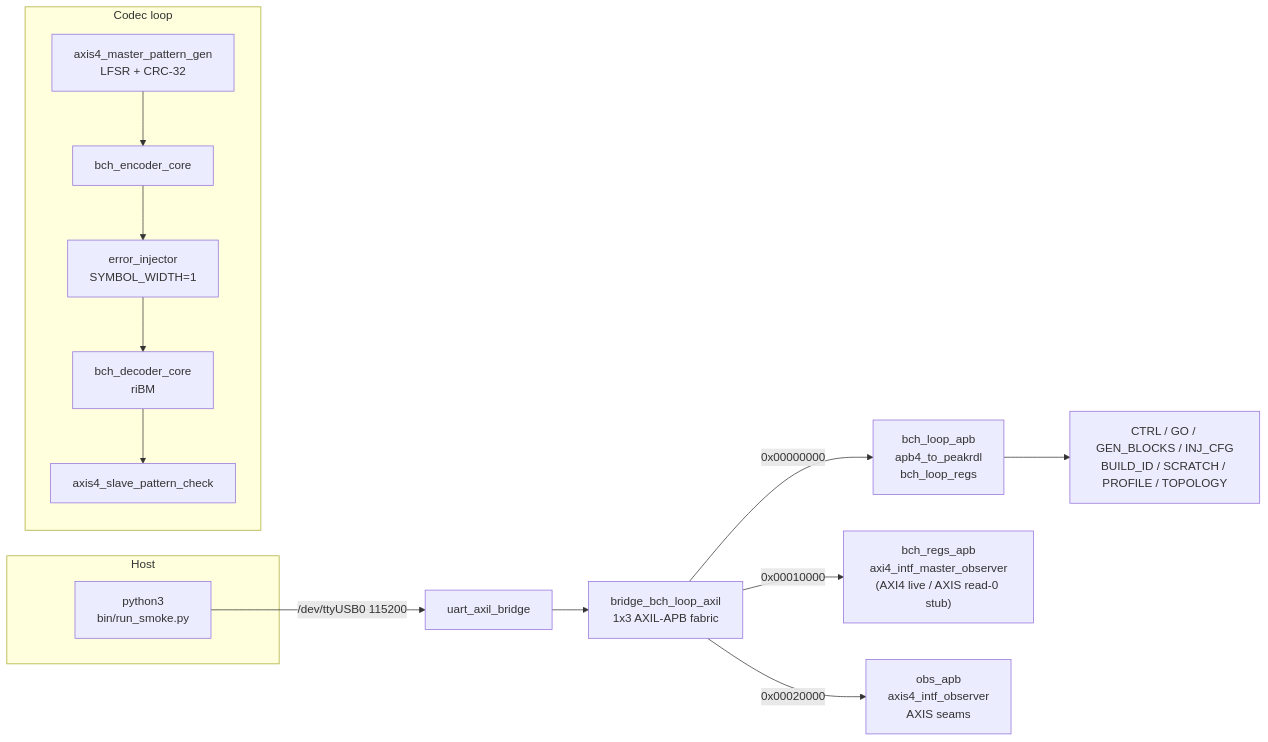
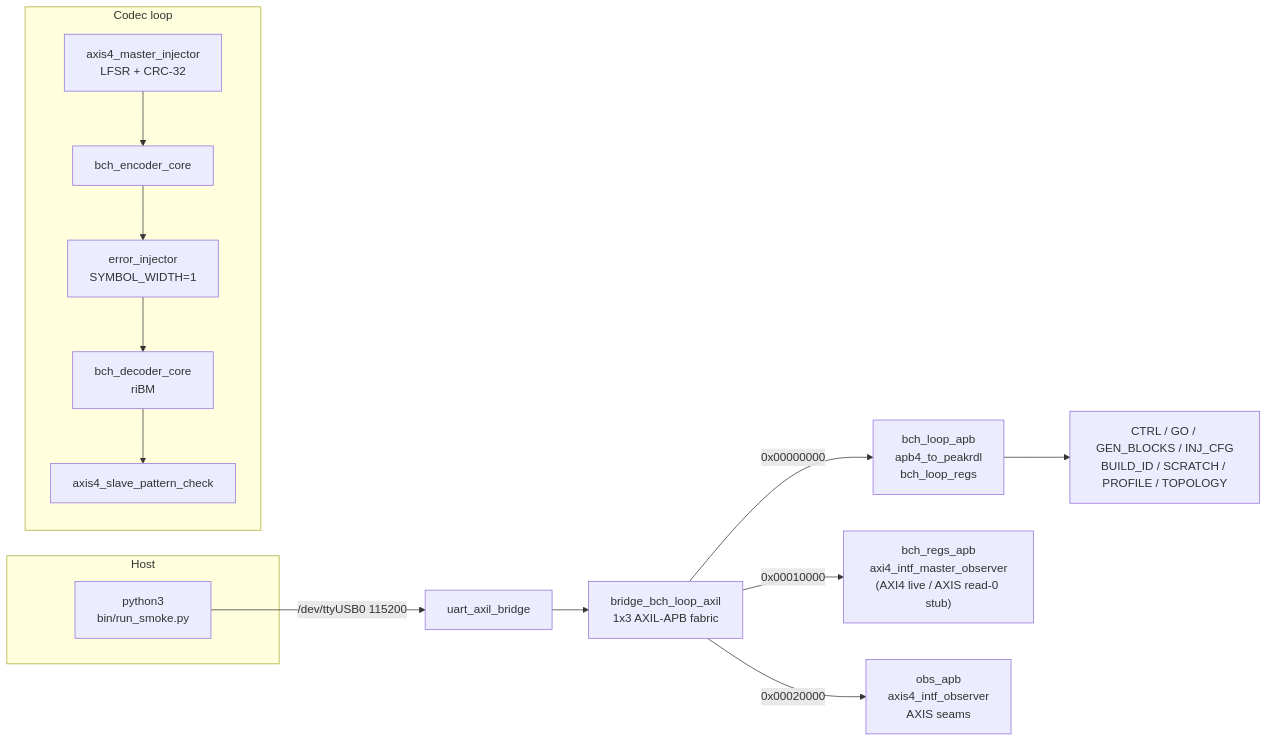
The first of 2 diagrams in projects/fpga-systems/Genesys2/ecc-ip/bch/docs/UART_HARNESS.md (sean-galloway/RTLDesignSherpa), drawn with Mermaid before and after one commit. The commit also changed other lines of this file and 105 other files, not shown here.

First line of the commit message:
refactor(amba): rename characterization *pattern_gen blocks to *injector

````diff
--- a/projects/fpga-systems/Genesys2/ecc-ip/bch/docs/UART_HARNESS.md
+++ b/projects/fpga-systems/Genesys2/ecc-ip/bch/docs/UART_HARNESS.md
@@ -76,21 +76,21 @@
 ```mermaid
 flowchart LR
     subgraph host ["Host"]
         py["python3<br/>bin/run_smoke.py"]
     end
     py -->|"/dev/ttyUSB0 115200"| uart["uart_axil_bridge"]
     uart --> axil["bridge_bch_loop_axil<br/>1x3 AXIL-APB fabric"]
     axil -->|0x00000000| win0["bch_loop_apb<br/>apb4_to_peakrdl<br/>bch_loop_regs"]
     axil -->|0x00010000| win1["bch_regs_apb<br/>axi4_intf_master_observer<br/>(AXI4 live / AXIS read-0 stub)"]
     axil -->|0x00020000| win2["obs_apb<br/>axis4_intf_observer<br/>AXIS seams"]
     win0 --> ctrl["CTRL / GO / GEN_BLOCKS / INJ_CFG<br/>BUILD_ID / SCRATCH / PROFILE / TOPOLOGY"]
 
     subgraph loop ["Codec loop"]
-        gen["axis4_master_pattern_gen<br/>LFSR + CRC-32"]
+        gen["axis4_master_injector<br/>LFSR + CRC-32"]
         enc["bch_encoder_core"]
         inj["error_injector<br/>SYMBOL_WIDTH=1"]
         dec["bch_decoder_core<br/>riBM"]
         chk["axis4_slave_pattern_check"]
     end
     gen --> enc --> inj --> dec --> chk
 ```
````
